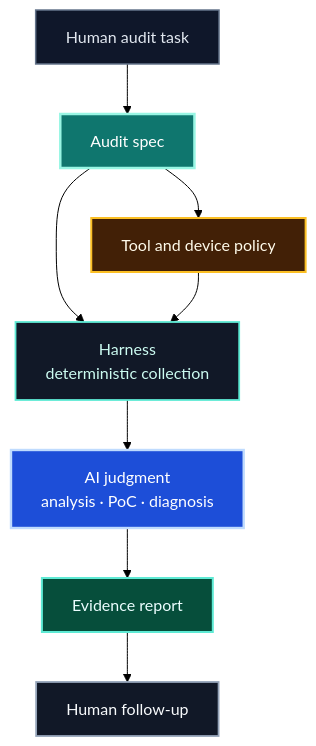
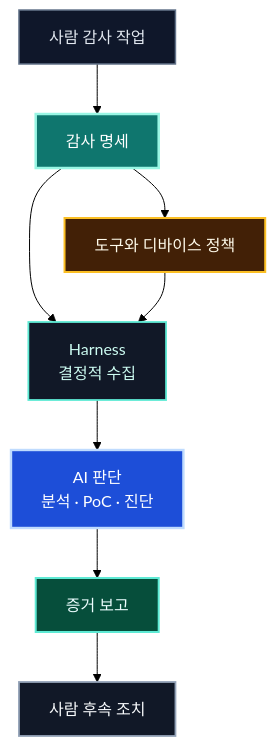
Before and after one commit to koalav/present-anyything: the eighth of 14 diagrams in docs/ai-agent-effective-use/mermaid-diagrams.md, drawn with Mermaid (forest theme). The commit also changed other lines of this file and 19 other files, not shown here.

````diff
--- a/docs/ai-agent-effective-use/mermaid-diagrams.md
+++ b/docs/ai-agent-effective-use/mermaid-diagrams.md
@@ -181,17 +159,17 @@
 ```mermaid
 flowchart TB
-  Work["Human audit task"]:::input --> Spec["Audit spec"]:::core
-  Spec --> Harness["Harness<br/>deterministic collection"]:::tool
-  Harness --> AI["AI judgment<br/>analysis · PoC · diagnosis"]:::loop
-  AI --> Evidence["Evidence report"]:::success
-  Evidence --> Human["Human follow-up"]:::human
-  Spec --> Guard[Tool and device policy]:::guard
+  Work["사람 감사 작업"]:::input --> Spec["감사 명세"]:::core
+  Spec --> Harness["Harness<br/>결정적 수집"]:::tool
+  Harness --> AI["AI 판단<br/>분석 · PoC · 진단"]:::loop
+  AI --> Evidence["증거 보고"]:::success
+  Evidence --> Human["사람 후속 조치"]:::human
+  Spec --> Guard[도구와 디바이스 정책]:::guard
   Guard --> Harness
   classDef input fill:#0f172a,stroke:#64748b,color:#e2e8f0,stroke-width:1.5px;
   classDef core fill:#0f766e,stroke:#99f6e4,color:#ffffff,stroke-width:2.5px;
   classDef tool fill:#111827,stroke:#5eead4,color:#ccfbf1,stroke-width:1.8px;
   classDef loop fill:#1d4ed8,stroke:#bfdbfe,color:#ffffff,stroke-width:2.4px;
   classDef guard fill:#422006,stroke:#fbbf24,color:#fffbeb,stroke-width:2px;
   classDef human fill:#111827,stroke:#94a3b8,color:#f8fafc,stroke-width:1.8px;
   classDef success fill:#064e3b,stroke:#5eead4,color:#ecfeff,stroke-width:2px;
 ```
````
